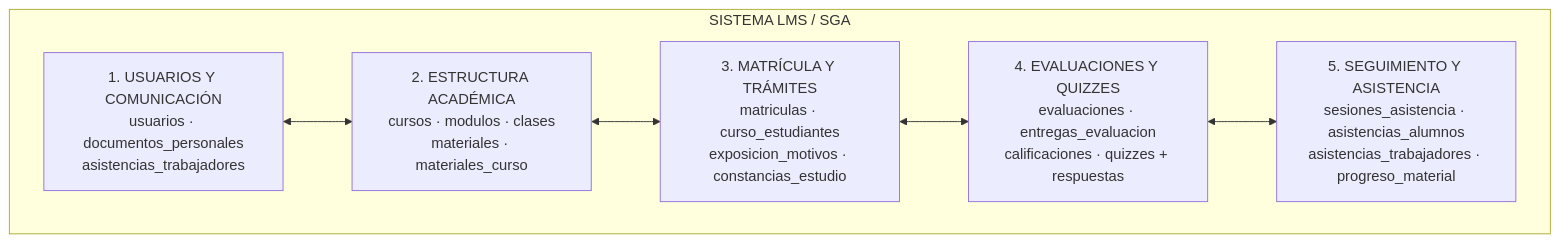
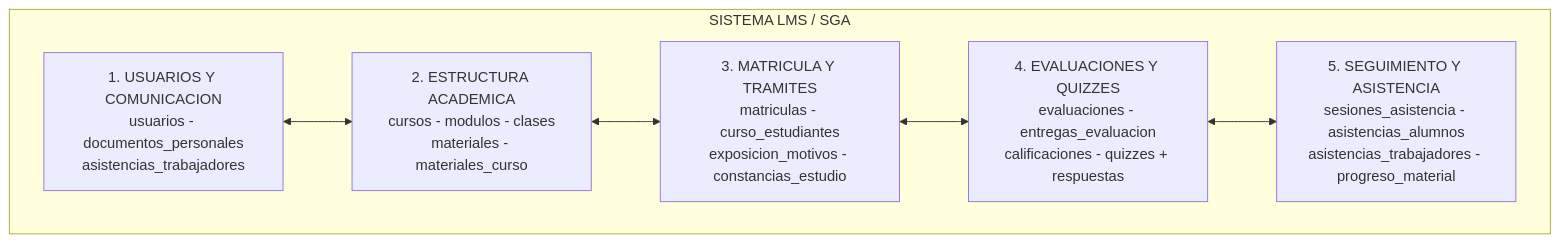
The first of 28 diagrams in docs/DIAGRAMAS.md (Hector-dev/Plataforma_Educativa_Cacique_Tamanaco), drawn with Mermaid before and after one commit. The commit also changed other lines of this file and 1 other file, not shown here.

Commit message:
docs: arreglar render en GitHub y dividir diagramas de componentes por componente

````diff
--- a/docs/DIAGRAMAS.md
+++ b/docs/DIAGRAMAS.md
@@ -21,15 +21,15 @@
 ```mermaid
 flowchart LR
     subgraph LMS["SISTEMA LMS / SGA"]
         direction LR
-        M1["1. USUARIOS Y COMUNICACIÓN<br/>usuarios · documentos_personales<br/>asistencias_trabajadores"]
-        M2["2. ESTRUCTURA ACADÉMICA<br/>cursos · modulos · clases<br/>materiales · materiales_curso"]
-        M3["3. MATRÍCULA Y TRÁMITES<br/>matriculas · curso_estudiantes<br/>exposicion_motivos · constancias_estudio"]
-        M4["4. EVALUACIONES Y QUIZZES<br/>evaluaciones · entregas_evaluacion<br/>calificaciones · quizzes + respuestas"]
-        M5["5. SEGUIMIENTO Y ASISTENCIA<br/>sesiones_asistencia · asistencias_alumnos<br/>asistencias_trabajadores · progreso_material"]
+        M1["1. USUARIOS Y COMUNICACION<br/>usuarios - documentos_personales<br/>asistencias_trabajadores"]
+        M2["2. ESTRUCTURA ACADEMICA<br/>cursos - modulos - clases<br/>materiales - materiales_curso"]
+        M3["3. MATRICULA Y TRAMITES<br/>matriculas - curso_estudiantes<br/>exposicion_motivos - constancias_estudio"]
+        M4["4. EVALUACIONES Y QUIZZES<br/>evaluaciones - entregas_evaluacion<br/>calificaciones - quizzes + respuestas"]
+        M5["5. SEGUIMIENTO Y ASISTENCIA<br/>sesiones_asistencia - asistencias_alumnos<br/>asistencias_trabajadores - progreso_material"]
     end
     M1 <--> M2
     M2 <--> M3
     M3 <--> M4
     M4 <--> M5
 ```
````
